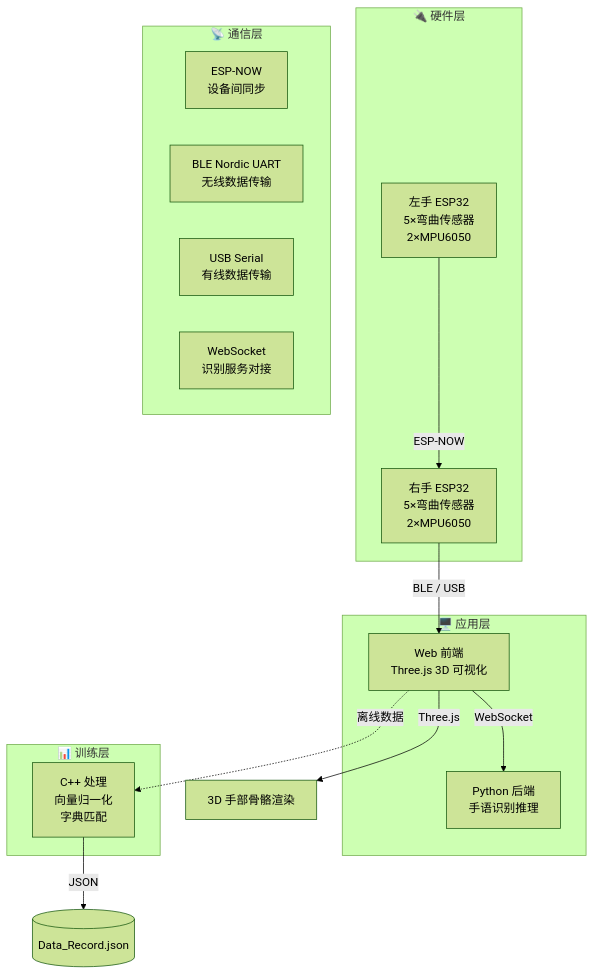
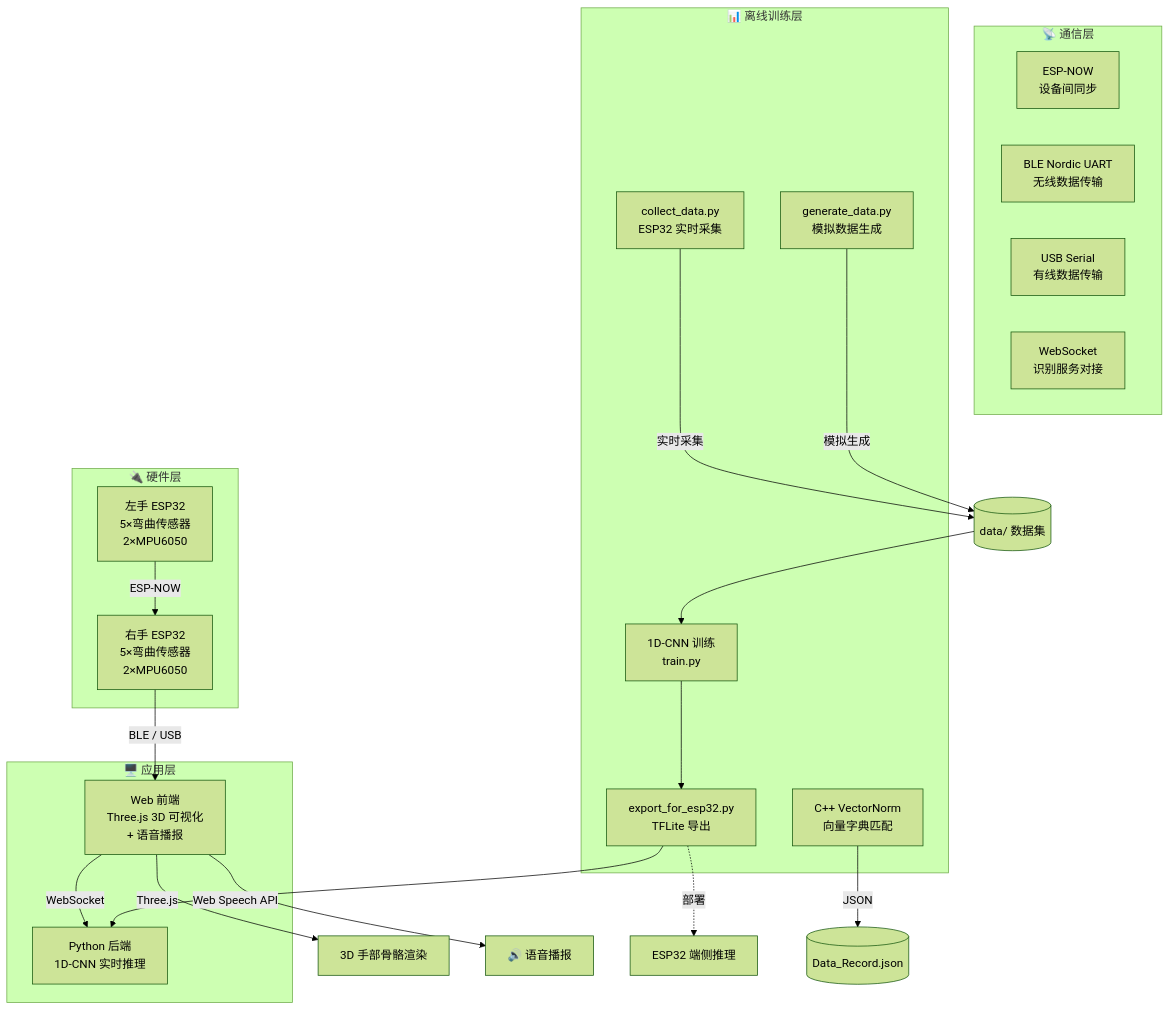
One commit to Tiseeee/Sign_Language_Recognition_Gloves changed the first of 2 diagrams in README.md. Above: the diagram before and after it, drawn with Mermaid (forest theme). The commit also changed other lines of this file, not shown here.

````diff
--- a/README.md
+++ b/README.md
@@ -84,30 +102,40 @@
 ```mermaid
 graph TB
     subgraph 硬件层["🔌 硬件层"]
         L[左手 ESP32<br/>5×弯曲传感器<br/>2×MPU6050]
         R[右手 ESP32<br/>5×弯曲传感器<br/>2×MPU6050]
     end
 
     subgraph 通信层["📡 通信层"]
         EN[ESP-NOW<br/>设备间同步]
         BLE[BLE Nordic UART<br/>无线数据传输]
         USB[USB Serial<br/>有线数据传输]
         WS[WebSocket<br/>识别服务对接]
     end
 
     subgraph 应用层["🖥️ 应用层"]
-        Web[Web 前端<br/>Three.js 3D 可视化]
-        Py[Python 后端<br/>手语识别推理]
+        Web[Web 前端<br/>Three.js 3D 可视化<br/>+ 语音播报]
+        Py[Python 后端<br/>1D-CNN 实时推理]
     end
 
-    subgraph 训练层["📊 训练层"]
-        CPP[C++ 处理<br/>向量归一化<br/>字典匹配]
+    subgraph 训练层["📊 离线训练层"]
+        GEN[generate_data.py<br/>模拟数据生成]
+        COL[collect_data.py<br/>ESP32 实时采集]
+        TR[1D-CNN 训练<br/>train.py]
+        EXP[export_for_esp32.py<br/>TFLite 导出]
+        CPP2[C++ VectorNorm<br/>向量字典匹配]
     end
 
     L -->|ESP-NOW| R
     R -->|BLE / USB| Web
     Web -->|WebSocket| Py
     Web -->|Three.js| 3D[3D 手部骨骼渲染]
-    Web -.->|离线数据| CPP
-    CPP -->|JSON| DB[(Data_Record.json)]
+    Web -->|Web Speech API| SPK[🔊 语音播报]
+    COL -->|实时采集| data[(data/ 数据集)]
+    GEN -->|模拟生成| data
+    data --> TR
+    TR --> EXP
+    EXP --> Py
+    EXP -.->|部署| ESP[ESP32 端侧推理]
+    CPP2 -->|JSON| DB[(Data_Record.json)]
 ```
````
